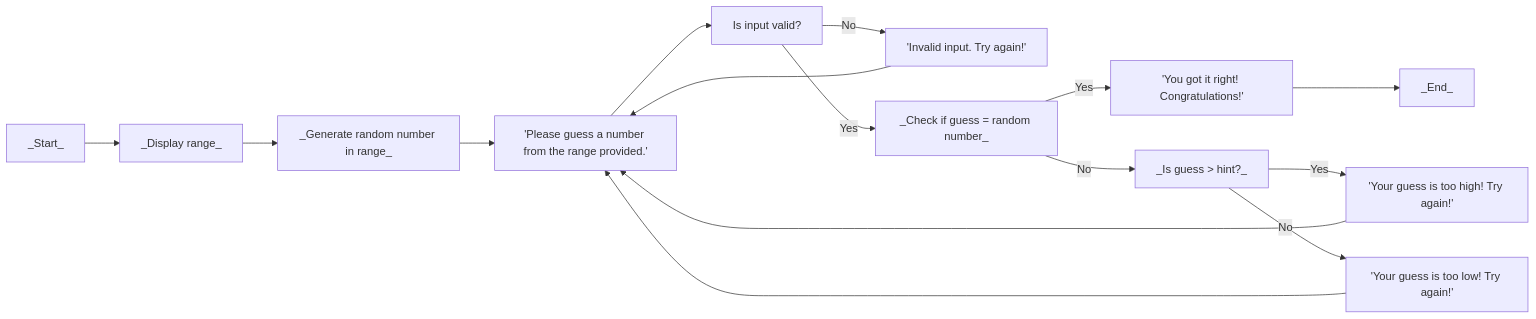
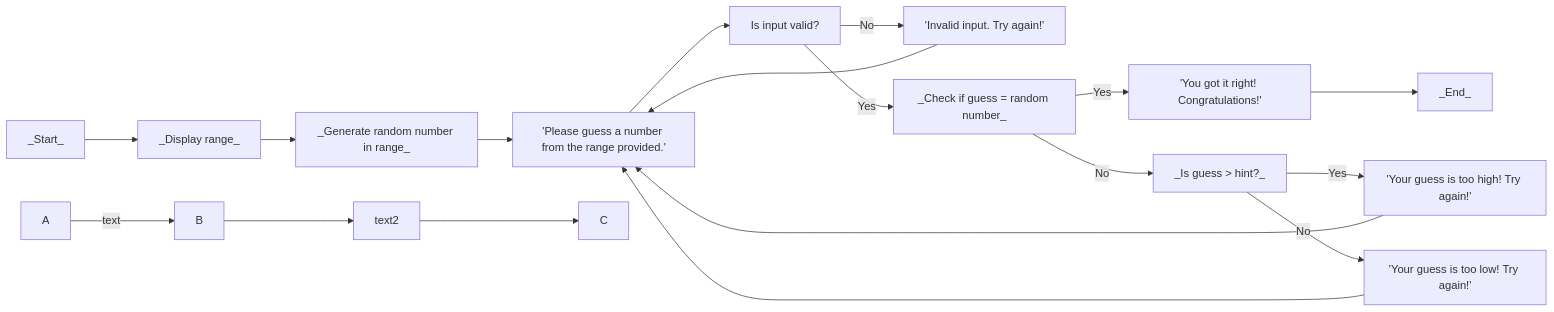
The diagram in Guessing.md (rfk-waketech/rfk-waketech.github.io), drawn with Mermaid before and after one commit.

````diff
--- a/Guessing.md
+++ b/Guessing.md
@@ -1,15 +1,16 @@
 ```mermaid
 flowchart LR
 _Start_ --> Range[_Display range_]
 Range --> Rand[_Generate random number in range_]
 Rand --> Input['Please guess a number from the range provided.']
 Input --> Valid[Is input valid?]
 Valid --> |No| Error['Invalid input. Try again!'] --> Input
 Valid --> |Yes| Check[_Check if guess = random number_]
 Check --> |Yes| End['You got it right! Congratulations!'] --> _End_
 Check --> |No| Hint[_Is guess > hint?_]
 Hint --> |Yes| High['Your guess is too high! Try again!'] --> Input
 Hint --> |No| Low['Your guess is too low! Try again!'] --> Input
 
-%% Test %%
+%% this is a comment A --text --> B{node}
+A -- text --> B --> text2 --> C
 ```
````
